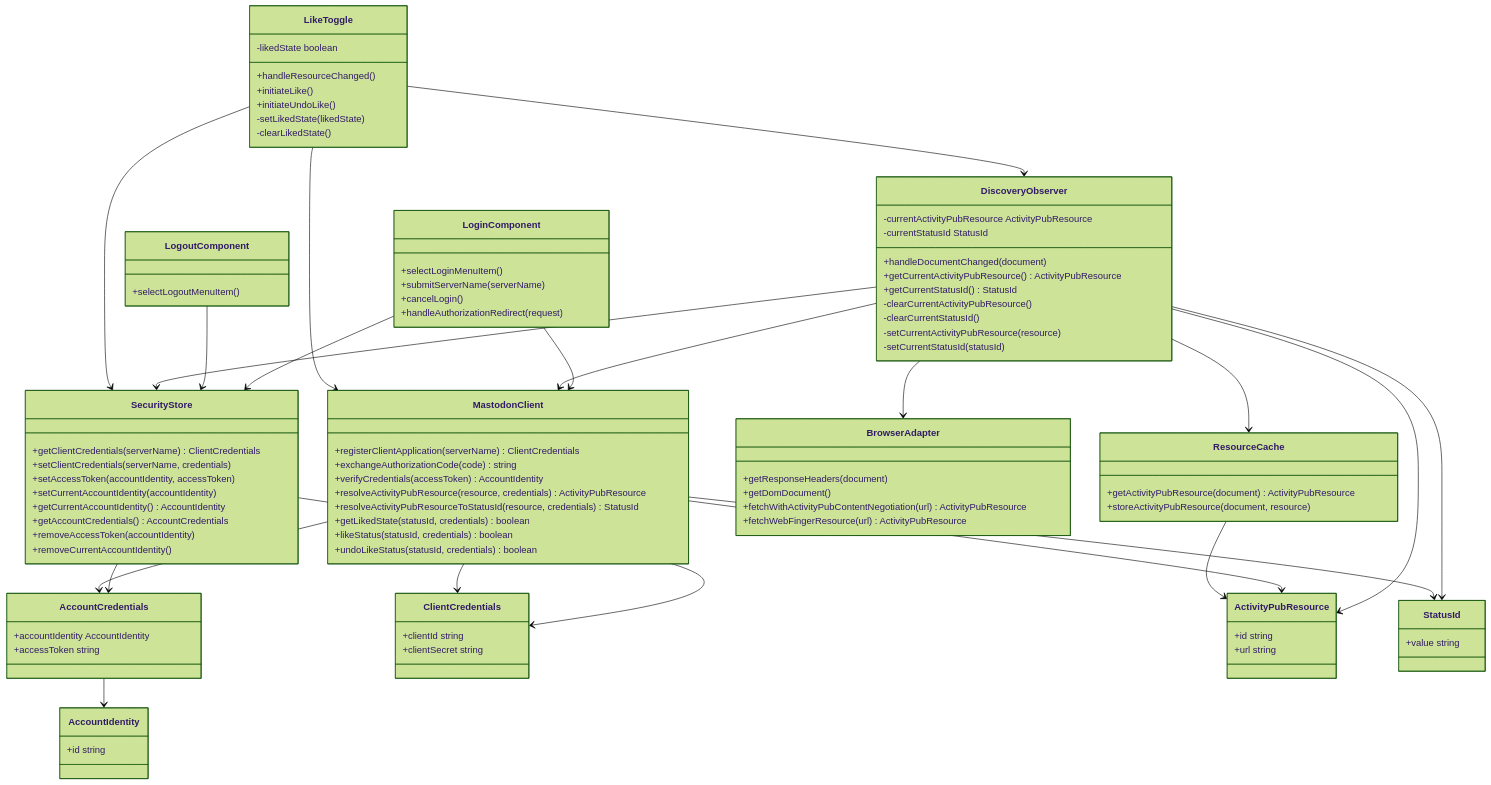
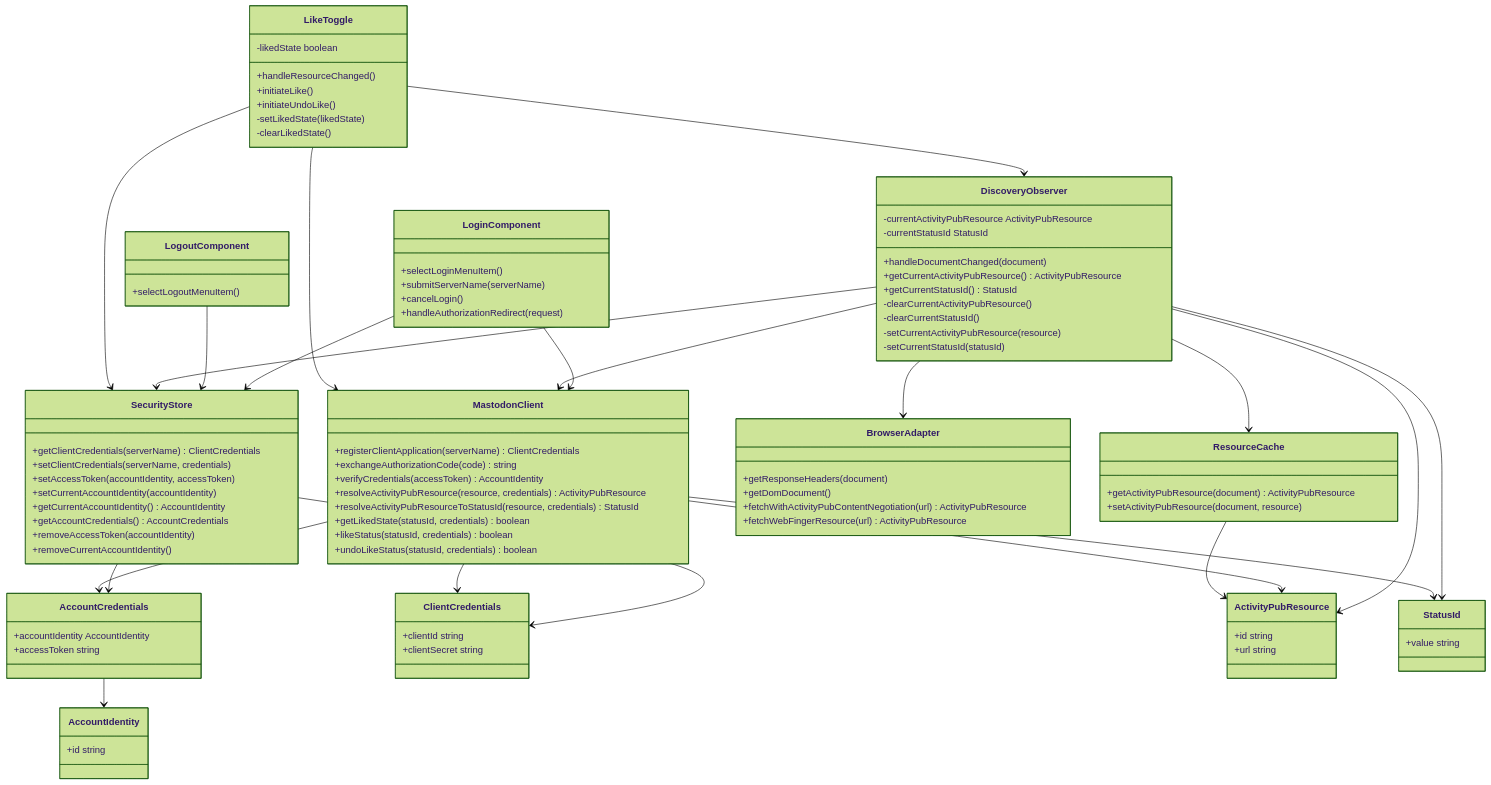
One commit to social-web-foundation/activitypub-browser-extension changed the diagram in docs/architecture/logical.md. Above: the diagram before and after it, drawn with Mermaid (forest theme). The commit also changed 4 other files, not shown here.

```diff
--- a/docs/architecture/logical.md
+++ b/docs/architecture/logical.md
@@ -47,7 +47,7 @@
 
     class ResourceCache {
         +getActivityPubResource(document) ActivityPubResource
-        +storeActivityPubResource(document, resource)
+        +setActivityPubResource(document, resource)
     }
 
     class BrowserAdapter {
```
